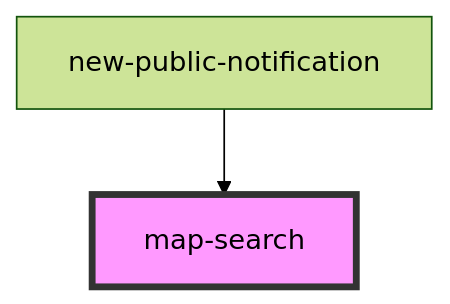
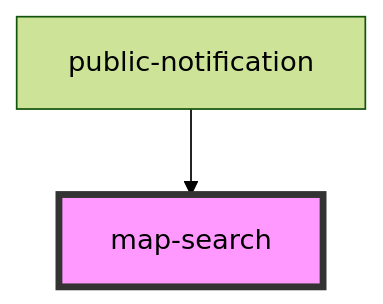
Before and after one commit to Esri/solutions-components: the diagram in src/components/map-search/readme.md, drawn with Mermaid (forest theme). The commit also changed other lines of this file and 21 other files, not shown here.

Commit message:
move new-public-notification to public-notification

````diff
--- a/src/components/map-search/readme.md
+++ b/src/components/map-search/readme.md
@@ -42,5 +42,5 @@
 ```mermaid
 graph TD;
-  new-public-notification --> map-search
+  public-notification --> map-search
   style map-search fill:#f9f,stroke:#333,stroke-width:4px
 ```
````
